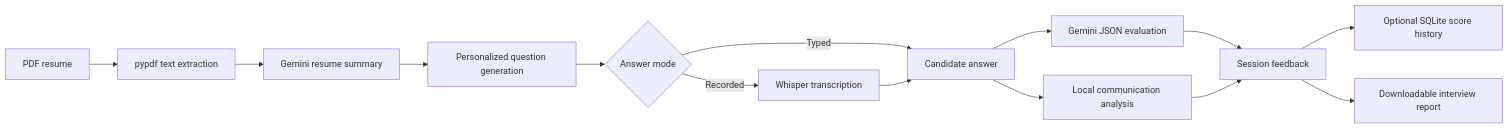
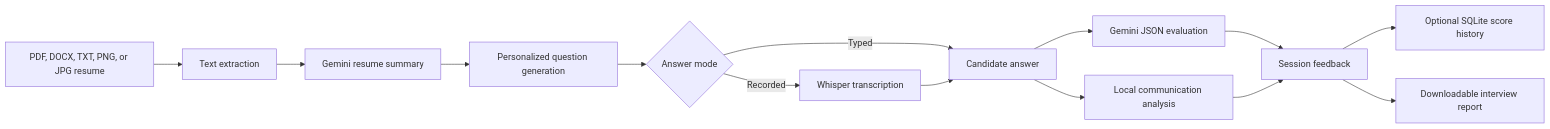
One commit to Arush-Reddy/Interview-Coach changed the diagram in README.md. Above: the diagram before and after it, drawn with Mermaid. The commit also changed other lines of this file and 7 other files, not shown here.

````diff
--- a/README.md
+++ b/README.md
@@ -43,16 +43,16 @@
 ```mermaid
 flowchart LR
-    A[PDF resume] --> B[pypdf text extraction]
+    A[PDF, DOCX, TXT, PNG, or JPG resume] --> B[Text extraction]
     B --> C[Gemini resume summary]
     C --> D[Personalized question generation]
     D --> E{Answer mode}
     E -->|Typed| F[Candidate answer]
     E -->|Recorded| G[Whisper transcription]
     G --> F
     F --> H[Gemini JSON evaluation]
     F --> I[Local communication analysis]
     H --> J[Session feedback]
     I --> J
     J --> K[Optional SQLite score history]
     J --> L[Downloadable interview report]
 ```
````
